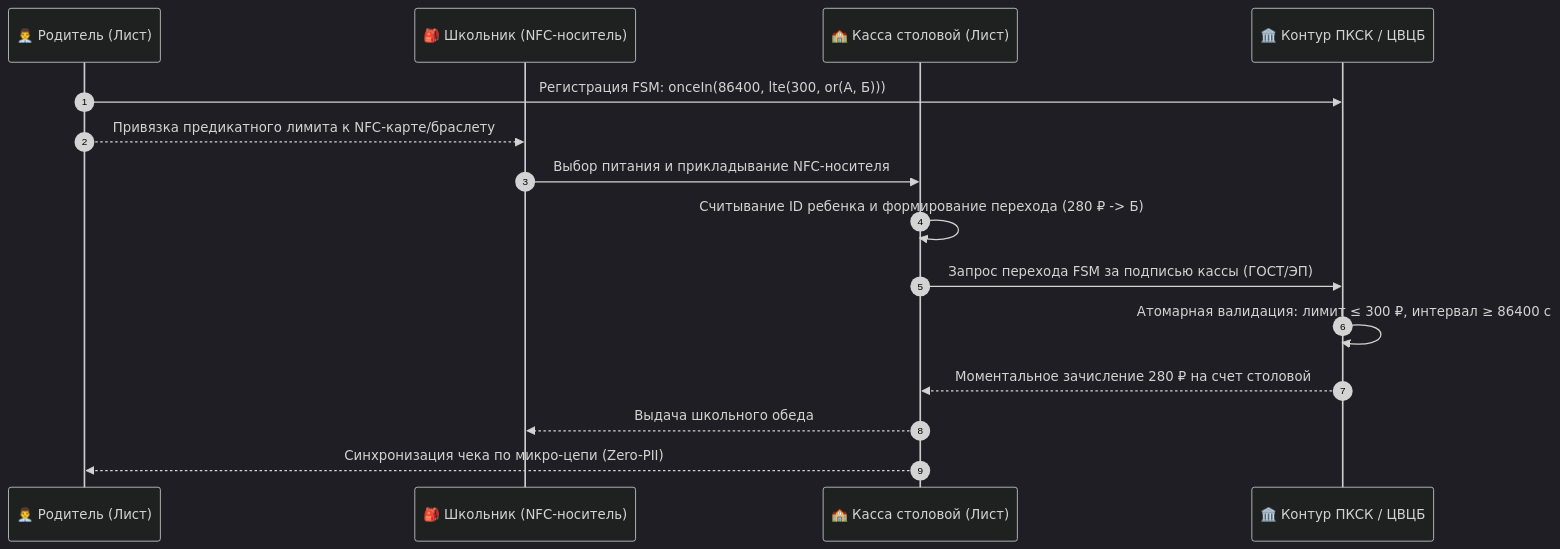
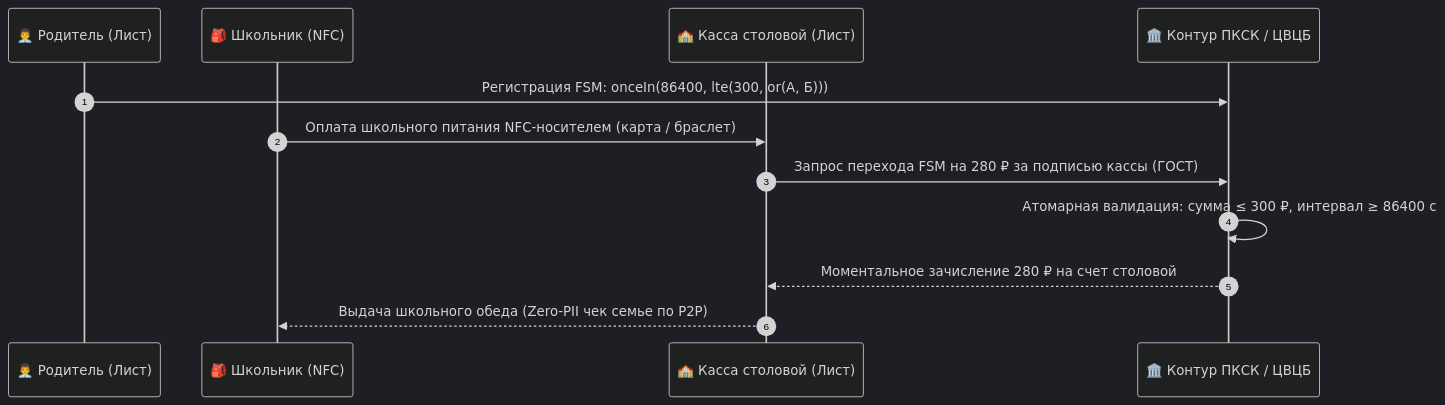
Before and after one commit to Data-Independence-Network/presentations: the third of 7 diagrams in shared_docs/whitepapers/06_cbr_smart_contracts_fsm_whitepaper.md, drawn with Mermaid (dark theme). The commit also changed other lines of this file and 6 other files, not shown here.

````diff
--- a/shared_docs/whitepapers/06_cbr_smart_contracts_fsm_whitepaper.md
+++ b/shared_docs/whitepapers/06_cbr_smart_contracts_fsm_whitepaper.md
@@ -244,18 +244,15 @@
 ```mermaid
 sequenceDiagram
     autonumber
     participant Parent as 👨‍💼 Родитель (Лист)
-    participant Child as 🎒 Школьник (NFC-носитель)
+    participant Child as 🎒 Школьник (NFC)
     participant Canteen as 🏫 Касса столовой (Лист)
     participant CBR as 🏛️ Контур ПКСК / ЦВЦБ
 
     Parent->>CBR: Регистрация FSM: onceIn(86400, lte(300, or(А, Б)))
-    Parent-->>Child: Привязка предикатного лимита к NFC-карте/браслету
-    Child->>Canteen: Выбор питания и прикладывание NFC-носителя
-    Canteen->>Canteen: Считывание ID ребенка и формирование перехода (280 ₽ -> Б)
-    Canteen->>CBR: Запрос перехода FSM за подписью кассы (ГОСТ/ЭП)
-    CBR->>CBR: Атомарная валидация: лимит ≤ 300 ₽, интервал ≥ 86400 с
+    Child->>Canteen: Оплата школьного питания NFC-носителем (карта / браслет)
+    Canteen->>CBR: Запрос перехода FSM на 280 ₽ за подписью кассы (ГОСТ)
+    CBR->>CBR: Атомарная валидация: сумма ≤ 300 ₽, интервал ≥ 86400 с
     CBR-->>Canteen: Моментальное зачисление 280 ₽ на счет столовой
-    Canteen-->>Child: Выдача школьного обеда
-    Canteen-->>Parent: Синхронизация чека по микро-цепи (Zero-PII)
+    Canteen-->>Child: Выдача школьного обеда (Zero-PII чек семье по P2P)
 ```
````
